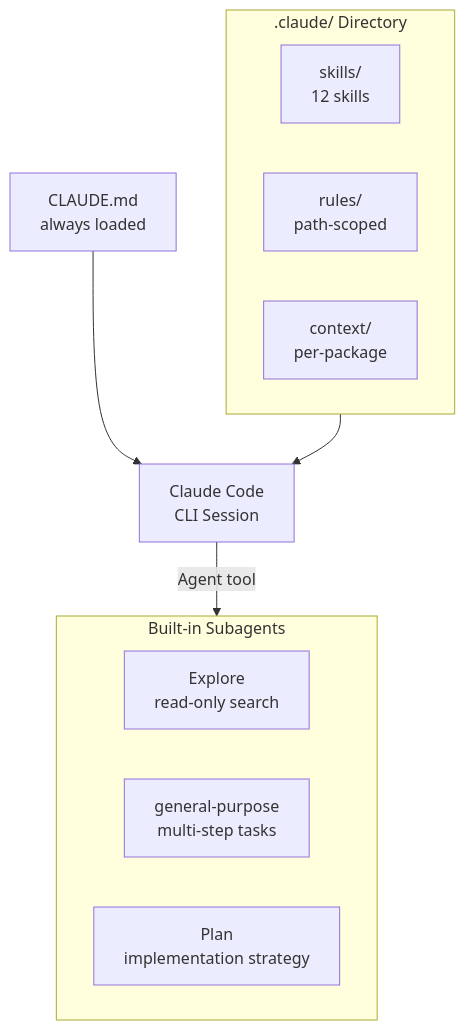
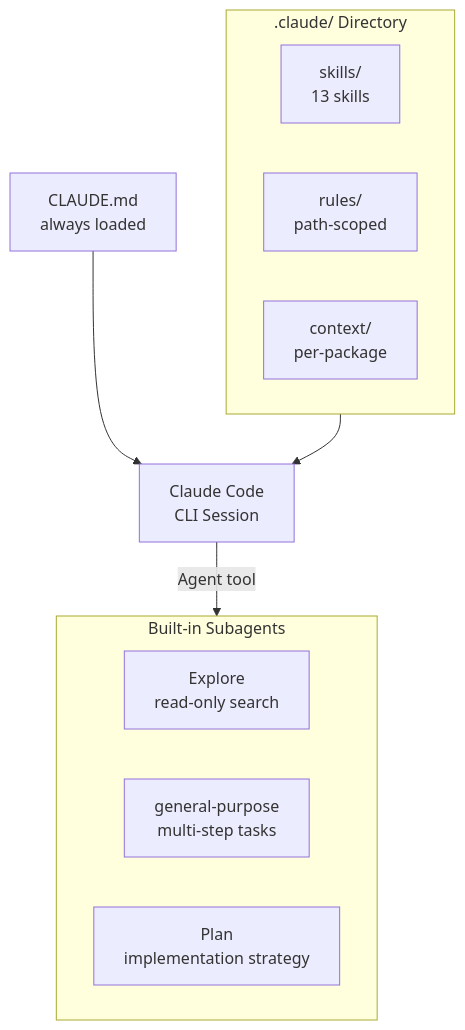
One commit to greenpill-dev-guild/green-goods changed the diagram in docs/docs/builders/agentic/claude-code.mdx. Above: the diagram before and after it, drawn with Mermaid. The commit also changed other lines of this file and 6 other files, not shown here.

````diff
--- a/docs/docs/builders/agentic/claude-code.mdx
+++ b/docs/docs/builders/agentic/claude-code.mdx
@@ -21,19 +21,19 @@
 ```mermaid
 graph TB
     subgraph Config[".claude/ Directory"]
-        Skills["skills/\n12 skills"]
+        Skills["skills/\n13 skills"]
         Rules["rules/\npath-scoped"]
         Context["context/\nper-package"]
     end
 
     CLAUDE["CLAUDE.md\nalways loaded"] --> Session["Claude Code\nCLI Session"]
     Config --> Session
 
     subgraph Subagents["Built-in Subagents"]
         Explore["Explore\nread-only search"]
         General["general-purpose\nmulti-step tasks"]
         PlanAgent["Plan\nimplementation strategy"]
     end
 
     Session -->|Agent tool| Subagents
 ```
````
